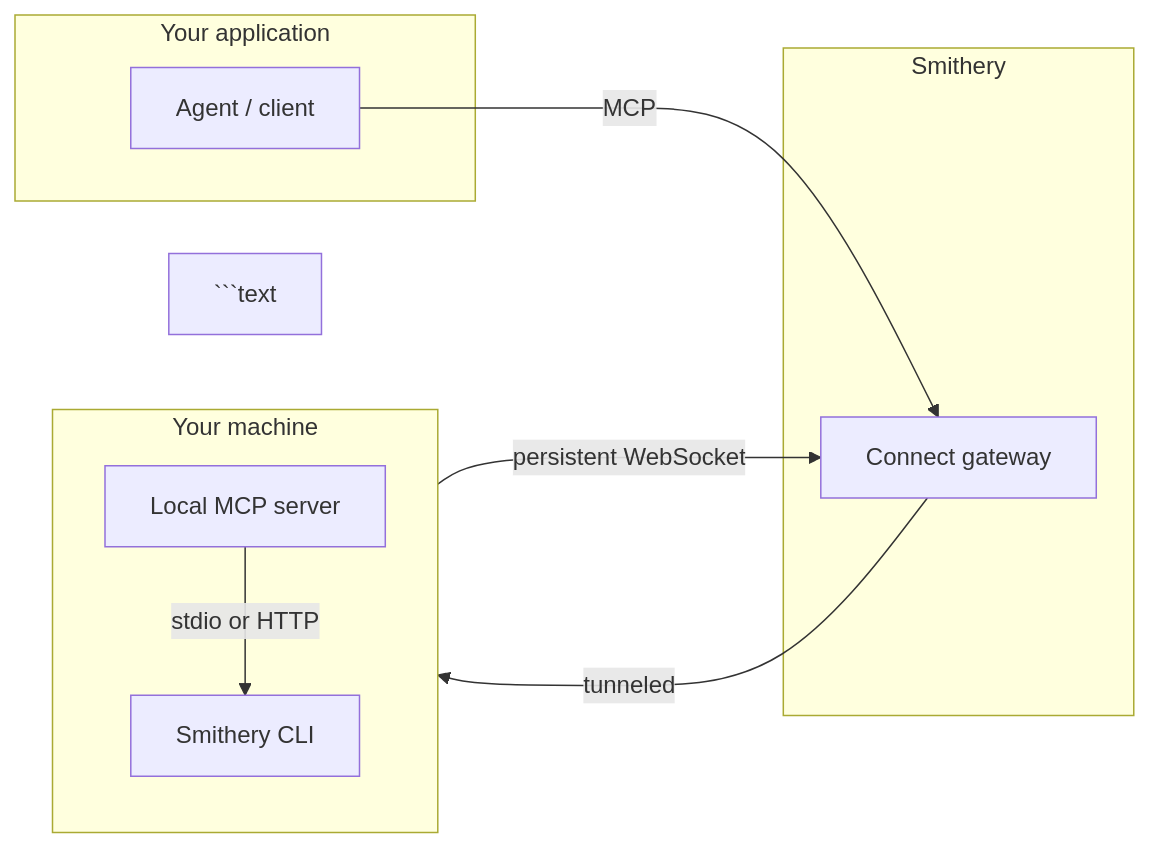
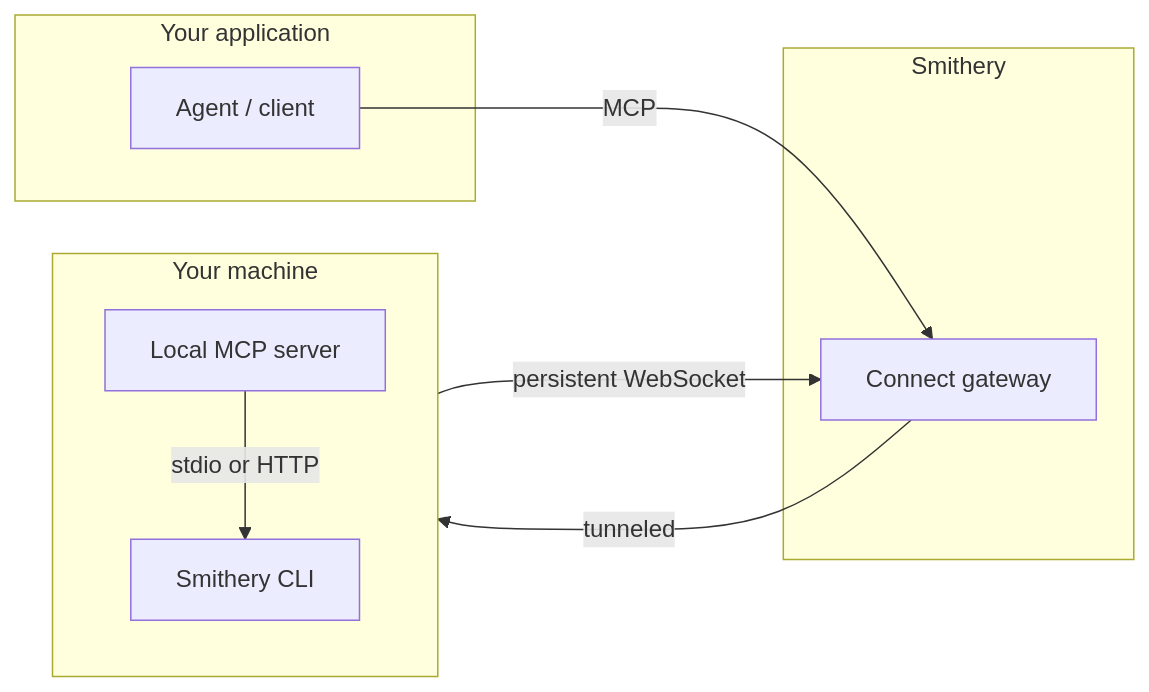
One commit to rhixecompany/sandbox changed the diagram in .github/prompts/mcp/smithery-setup/smithery-setup.prompt.md. Above: the diagram before and after it, drawn with Mermaid. The commit also changed other lines of this file and 1645 other files, not shown here.

````diff
--- a/.github/prompts/mcp/smithery-setup/smithery-setup.prompt.md
+++ b/.github/prompts/mcp/smithery-setup/smithery-setup.prompt.md
@@ -965,19 +949,18 @@
-```mermaid theme={null}
+```mermaid
 flowchart LR
-```text
-subgraph Local[Your machine]
-direction TB
-M[Local MCP server]
-C[Smithery CLI]
-end
-subgraph Smithery
-G[Connect gateway]
-end
-subgraph App[Your application]
-A[Agent / client]
-end
-C -- persistent WebSocket --> G
-M -- stdio or HTTP --> C
-A -- MCP --> G
-G -- tunneled --> C
+    subgraph Local[Your machine]
+        direction TB
+        M[Local MCP server]
+        C[Smithery CLI]
+    end
+    subgraph Smithery
+        G[Connect gateway]
+    end
+    subgraph App[Your application]
+        A[Agent / client]
+    end
+    C -- persistent WebSocket --> G
+    M -- stdio or HTTP --> C
+    A -- MCP --> G
+    G -- tunneled --> C
 ```
````
